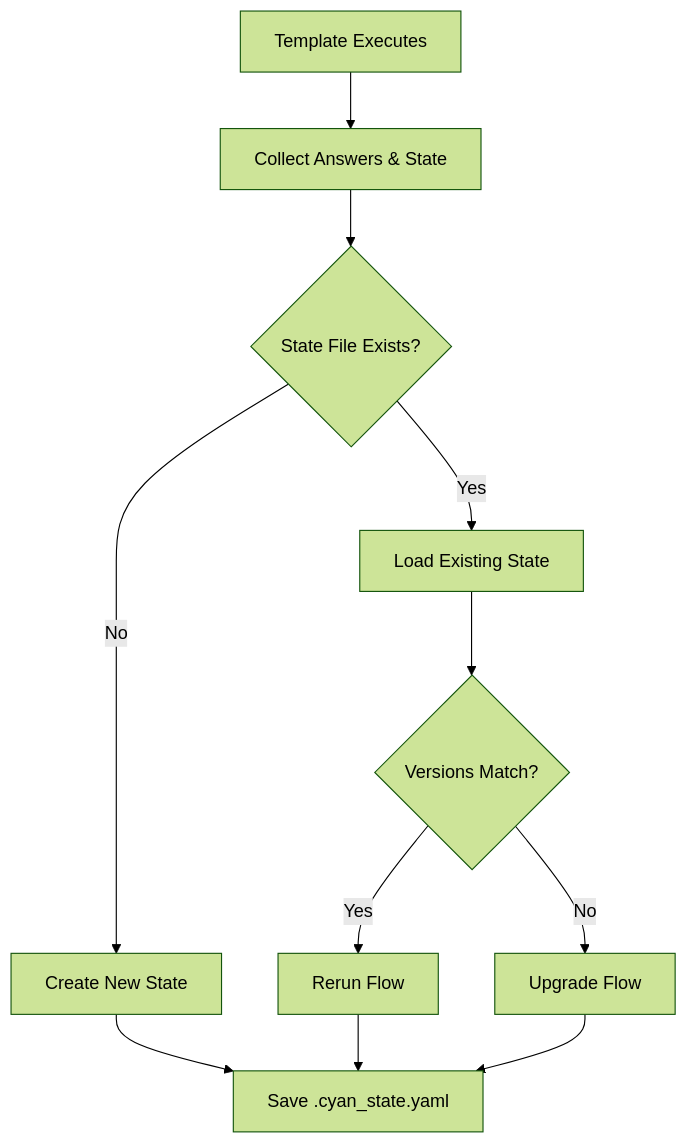
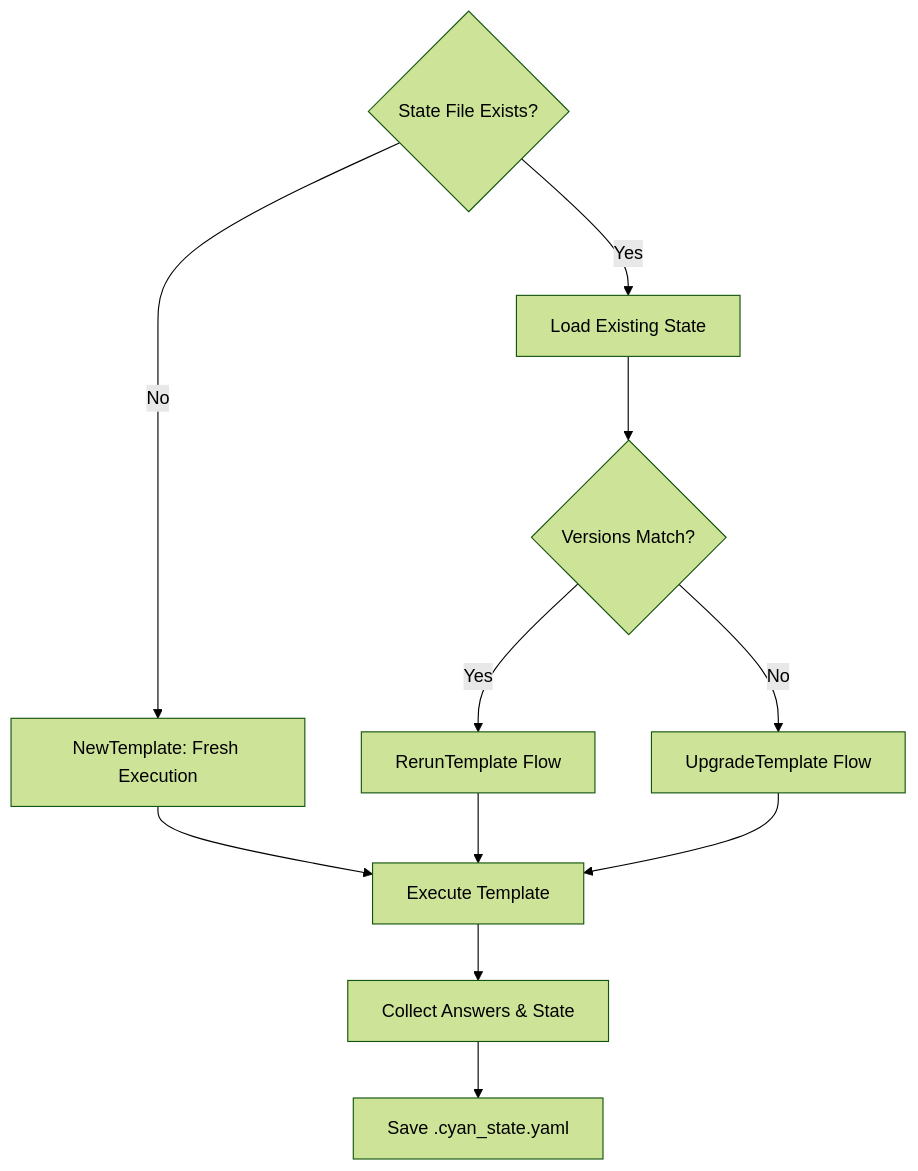
One commit to AtomiCloud/sulfone.iridium changed the first of 2 diagrams in docs/developer/features/04-state-persistence.md. Above: the diagram before and after it, drawn with Mermaid (forest theme). The commit also changed 22 other files, not shown here.

````diff
--- a/docs/developer/features/04-state-persistence.md
+++ b/docs/developer/features/04-state-persistence.md
@@ -28,13 +28,13 @@
 ```mermaid
 flowchart TD
-    A[Template Executes] --> B[Collect Answers & State]
-    B --> C{State File Exists?}
-    C -->|No| D[Create New State]
-    C -->|Yes| E[Load Existing State]
-    E --> F{Versions Match?}
-    F -->|Yes| G[Rerun Flow]
-    F -->|No| H[Upgrade Flow]
-    D --> I[Save .cyan_state.yaml]
-    G --> I
-    H --> I
+    A{State File Exists?} -->|No| B[NewTemplate: Fresh Execution]
+    A -->|Yes| C[Load Existing State]
+    C --> D{Versions Match?}
+    D -->|Yes| E[RerunTemplate Flow]
+    D -->|No| F[UpgradeTemplate Flow]
+    B --> G[Execute Template]
+    E --> G
+    F --> G
+    G --> H[Collect Answers & State]
+    H --> I[Save .cyan_state.yaml]
 ```
````
